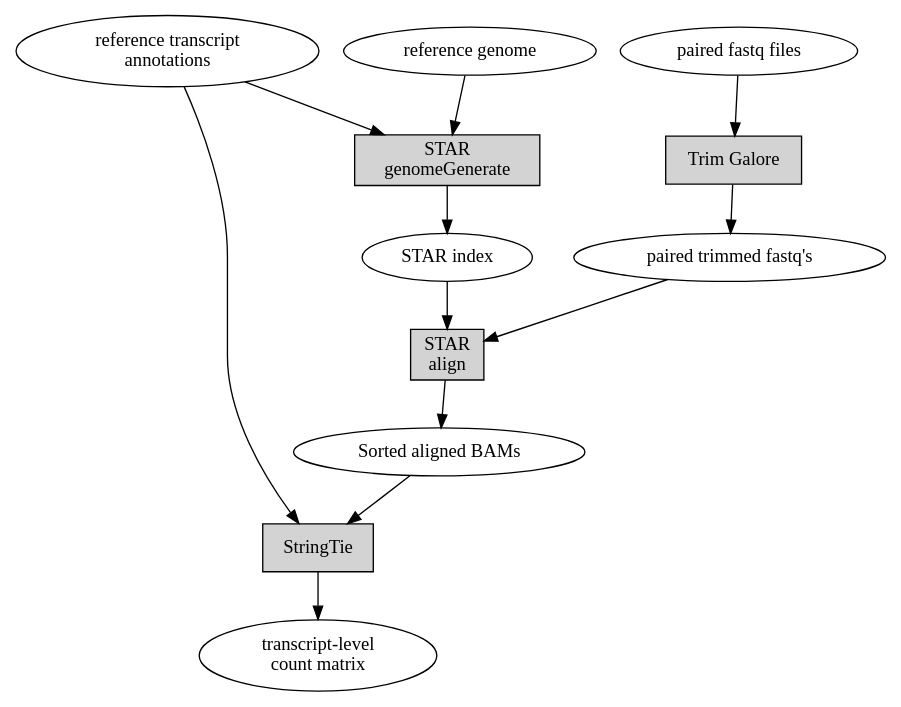
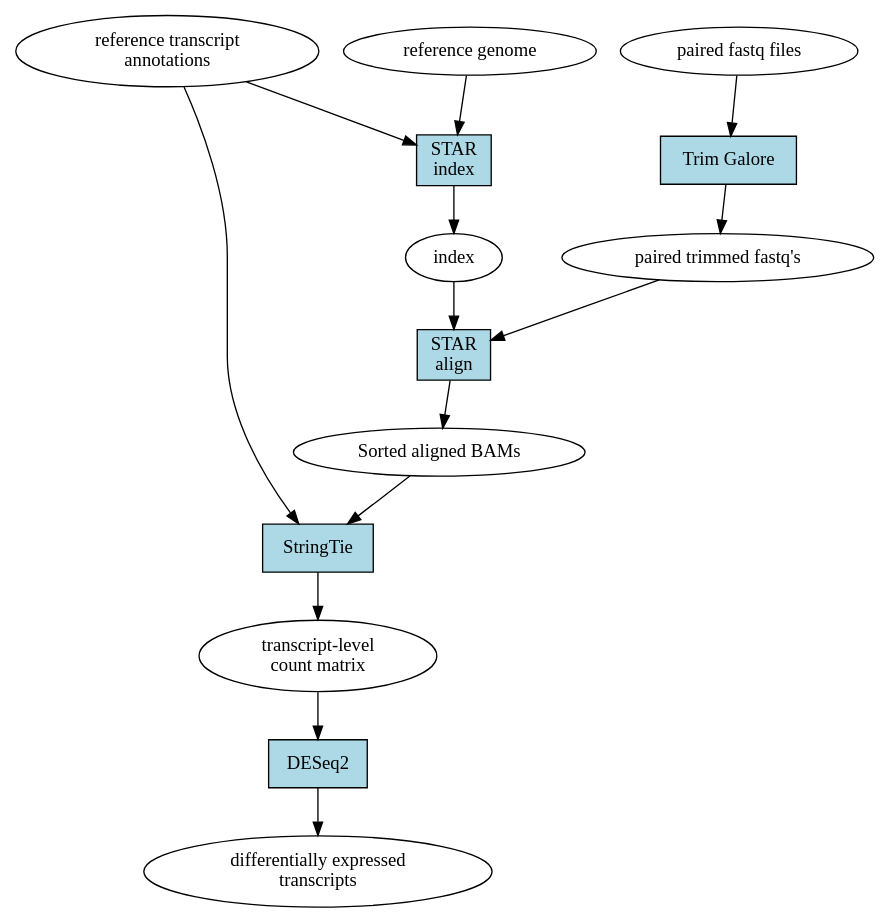
One commit to peter-howell/rcc-isoform-analysis changed the diagram in flowchart.dot. Above: the diagram before and after it, drawn with Graphviz.

Commit message:
add flowchart schematic

```diff
--- a/flowchart.dot
+++ b/flowchart.dot
@@ -1,28 +1,30 @@
 digraph G {
 
-    "STAR\ngenomeGenerate" [shape=rectangle style=filled]
-    "Trim Galore" [shape=rectangle style=filled]
-    "StringTie" [shape=rectangle style=filled]
-    "STAR\nalign" [shape=rectangle style=filled]
-    
+    "STAR\nindex" [shape=rectangle style=filled fillcolor=lightblue]
+    "Trim Galore" [shape=rectangle style=filled fillcolor=lightblue]
+    "StringTie" [shape=rectangle style=filled fillcolor=lightblue]
+    "STAR\nalign" [shape=rectangle style=filled fillcolor=lightblue]
+    "DESeq2" [shape=rectangle style=filled fillcolor=lightblue]
     
     "paired fastq files"
     "reference genome"
     "reference transcript\nannotations"
     
-    "reference genome" -> "STAR\ngenomeGenerate"
-    "reference transcript\nannotations" -> "STAR\ngenomeGenerate"
+    "reference genome" -> "STAR\nindex"
+    "reference transcript\nannotations" -> "STAR\nindex"
     
-    "STAR\ngenomeGenerate" -> "STAR index"
+    "STAR\nindex" -> "index"
     
     "paired fastq files" -> "Trim Galore" -> "paired trimmed fastq's"
     
     "paired trimmed fastq's" -> "STAR\nalign"
-    "STAR index" -> "STAR\nalign"
+    "index" -> "STAR\nalign"
     "STAR\nalign" -> "Sorted aligned BAMs"
     "Sorted aligned BAMs" -> StringTie
     "reference transcript\nannotations" -> StringTie
     
     StringTie -> "transcript-level\ncount matrix"
+    "transcript-level\ncount matrix" -> DESeq2
+    DESeq2 -> "differentially expressed\ntranscripts"
 
 }
```
